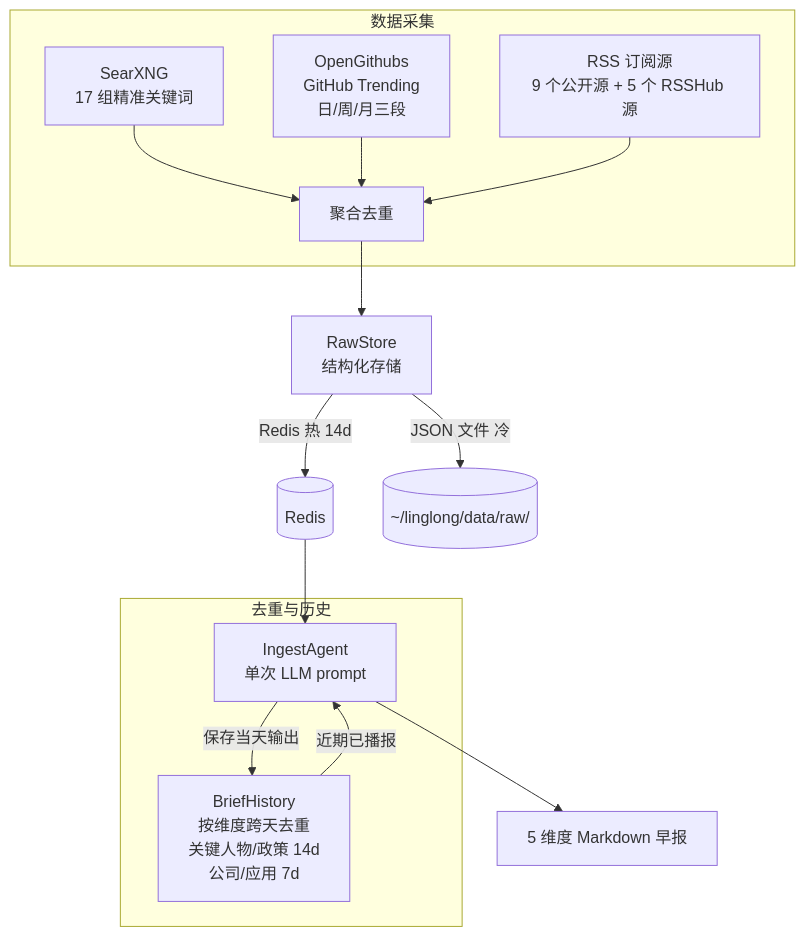
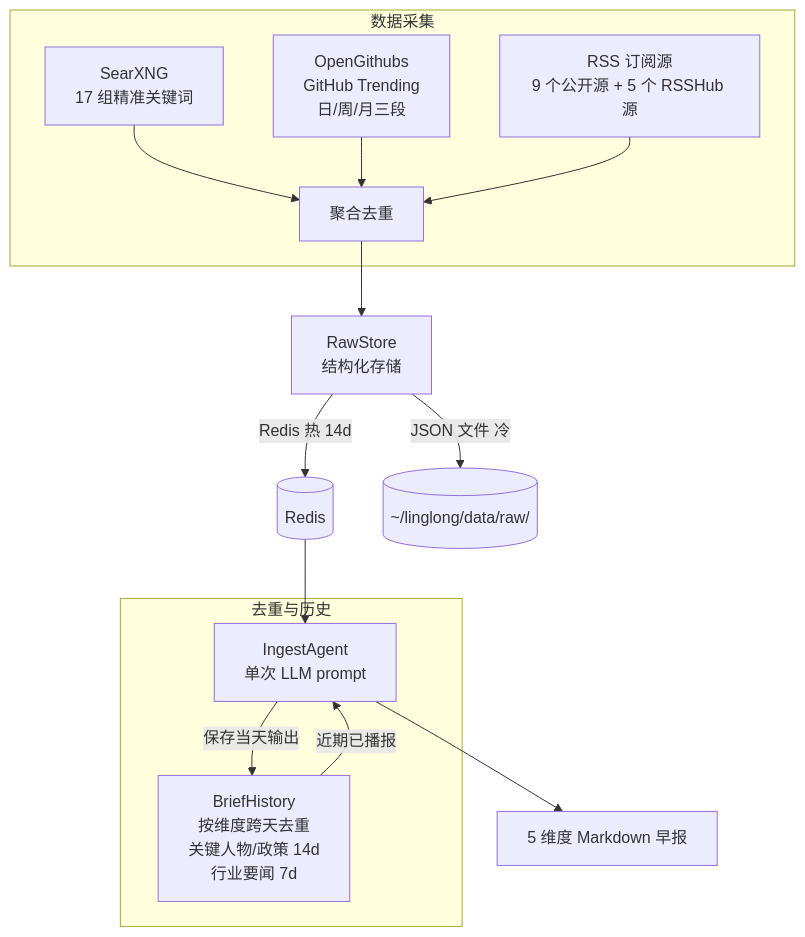
One commit to xinovate/linglong-scout changed the diagram in docs/README.md. Above: the diagram before and after it, drawn with Mermaid. The commit also changed other lines of this file and 15 other files, not shown here.

````diff
--- a/docs/README.md
+++ b/docs/README.md
@@ -71,20 +70,20 @@
 ```mermaid
 graph TD
     subgraph 数据采集
         A1[SearXNG<br/>17 组精准关键词] --> D[聚合去重]
         A2[OpenGithubs<br/>GitHub Trending<br/>日/周/月三段] --> D
         A3[RSS 订阅源<br/>9 个公开源 + 5 个 RSSHub 源] --> D
     end
 
     D --> R[RawStore<br/>结构化存储]
     R -->|Redis 热 14d| RH[(Redis)]
     R -->|JSON 文件 冷| RF[(~/linglong/data/raw/)]
 
     RH --> E[IngestAgent<br/>单次 LLM prompt]
     E --> F[5 维度 Markdown 早报]
 
     subgraph 去重与历史
-        G[BriefHistory<br/>按维度跨天去重<br/>关键人物/政策 14d<br/>公司/应用 7d] -->|近期已播报| E
+        G[BriefHistory<br/>按维度跨天去重<br/>关键人物/政策 14d<br/>行业要闻 7d] -->|近期已播报| E
         E -->|保存当天输出| G
     end
 ```
````
